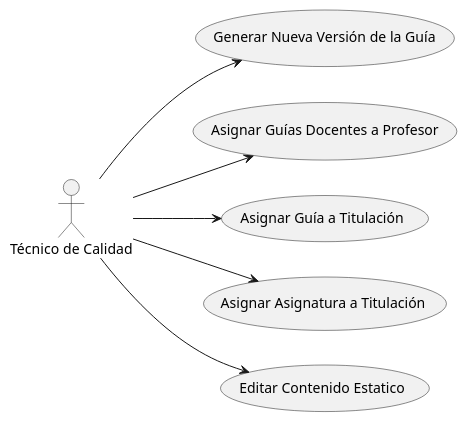
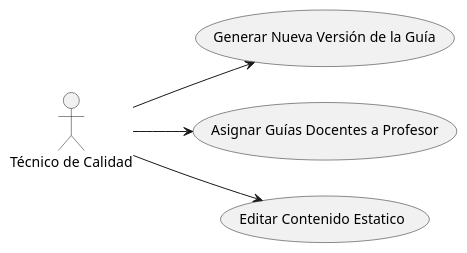
The diagram in modelosUML/CasosDeUso/PorActor/TecnicoDeCalidad.puml (mmasias/24-25-IdSw1-SDR), drawn with PlantUML before and after one commit. The commit also changed 2 other files, not shown here.

Commit message:
Update casos de uso tecnico de calidad

```diff
--- a/modelosUML/CasosDeUso/PorActor/TecnicoDeCalidad.puml
+++ b/modelosUML/CasosDeUso/PorActor/TecnicoDeCalidad.puml
@@ -1,19 +1,15 @@
 @startuml
 left to right direction
 
 actor "Técnico de Calidad" as TecnicoCalidad
 
 usecase "Generar Nueva Versión de la Guía" as GenerarVersion
 usecase "Asignar Guías Docentes a Profesor" as AsignarGuiaProfesor
-usecase "Asignar Guía a Titulación" as AsignarGuiaTitulacion
-usecase "Asignar Asignatura a Titulación" as AsignarAsignaturaTitulacion
 usecase "Editar Contenido Estatico" as EditarContenidoEstatico
 
 TecnicoCalidad --> GenerarVersion
 TecnicoCalidad --> AsignarGuiaProfesor
-TecnicoCalidad --> AsignarGuiaTitulacion
-TecnicoCalidad --> AsignarAsignaturaTitulacion
 TecnicoCalidad --> EditarContenidoEstatico
 
 
 @enduml
```
